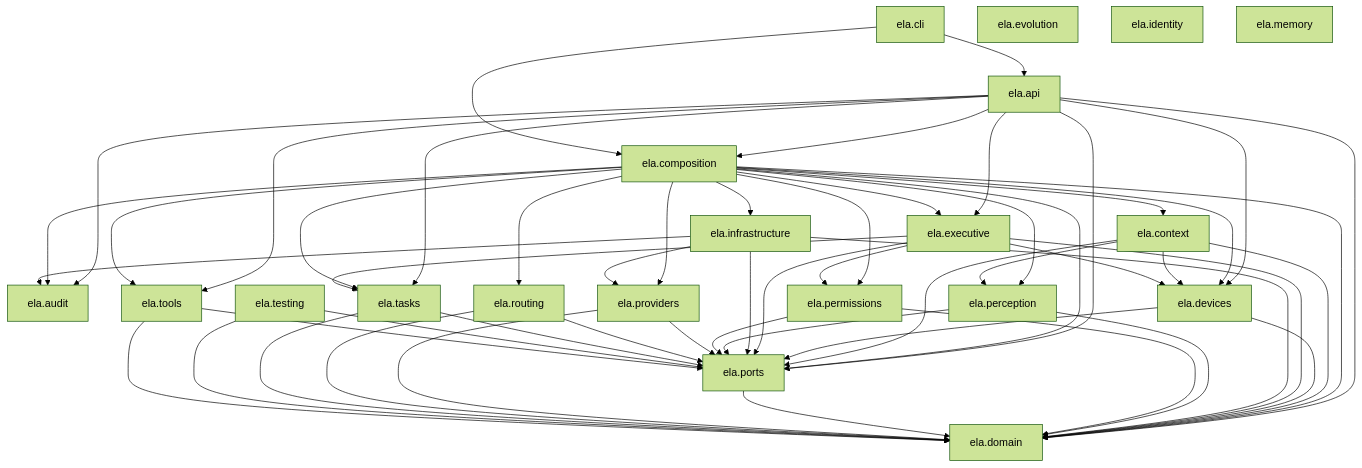
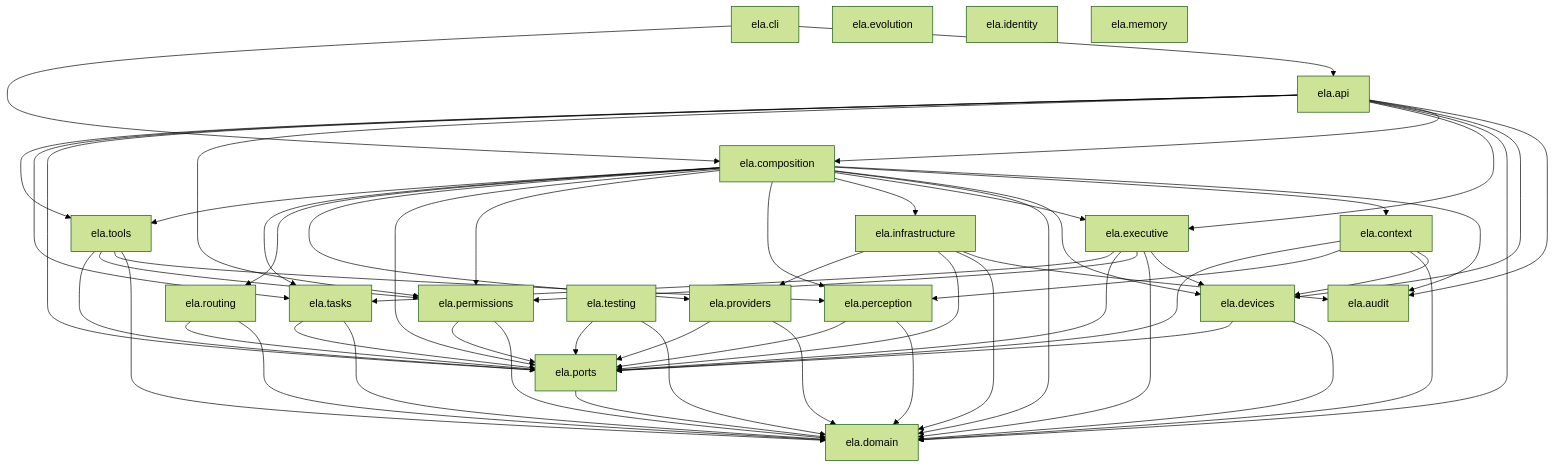
One commit to silvitommaso10-spec/ELA changed the first of 2 diagrams in docs/ARCHITECTURE.md. Above: the diagram before and after it, drawn with Mermaid (forest theme). The commit also changed 30 other files, not shown here.

````diff
--- a/docs/ARCHITECTURE.md
+++ b/docs/ARCHITECTURE.md
@@ -36,76 +36,79 @@
 ```mermaid
 graph TD
     api[ela.api]
     audit[ela.audit]
     cli[ela.cli]
     composition[ela.composition]
     context[ela.context]
     devices[ela.devices]
     domain[ela.domain]
     evolution[ela.evolution]
     executive[ela.executive]
     identity[ela.identity]
     infrastructure[ela.infrastructure]
     memory[ela.memory]
     perception[ela.perception]
     permissions[ela.permissions]
     ports[ela.ports]
     providers[ela.providers]
     routing[ela.routing]
     tasks[ela.tasks]
     testing[ela.testing]
     tools[ela.tools]
     api --> audit
     api --> composition
     api --> devices
     api --> domain
     api --> executive
+    api --> permissions
     api --> ports
     api --> tasks
     api --> tools
     cli --> api
     cli --> composition
     composition --> audit
     composition --> context
     composition --> devices
     composition --> domain
     composition --> executive
     composition --> infrastructure
     composition --> perception
     composition --> permissions
     composition --> ports
     composition --> providers
     composition --> routing
     composition --> tasks
     composition --> tools
     context --> devices
     context --> domain
     context --> perception
     context --> ports
     devices --> domain
     devices --> ports
     executive --> devices
     executive --> domain
     executive --> permissions
     executive --> ports
     executive --> tasks
     infrastructure --> audit
     infrastructure --> domain
     infrastructure --> ports
     infrastructure --> providers
     perception --> domain
     perception --> ports
     permissions --> domain
     permissions --> ports
     ports --> domain
     providers --> domain
     providers --> ports
     routing --> domain
     routing --> ports
     tasks --> domain
     tasks --> ports
     testing --> domain
     testing --> ports
     tools --> domain
+    tools --> perception
+    tools --> permissions
     tools --> ports
 ```
````
